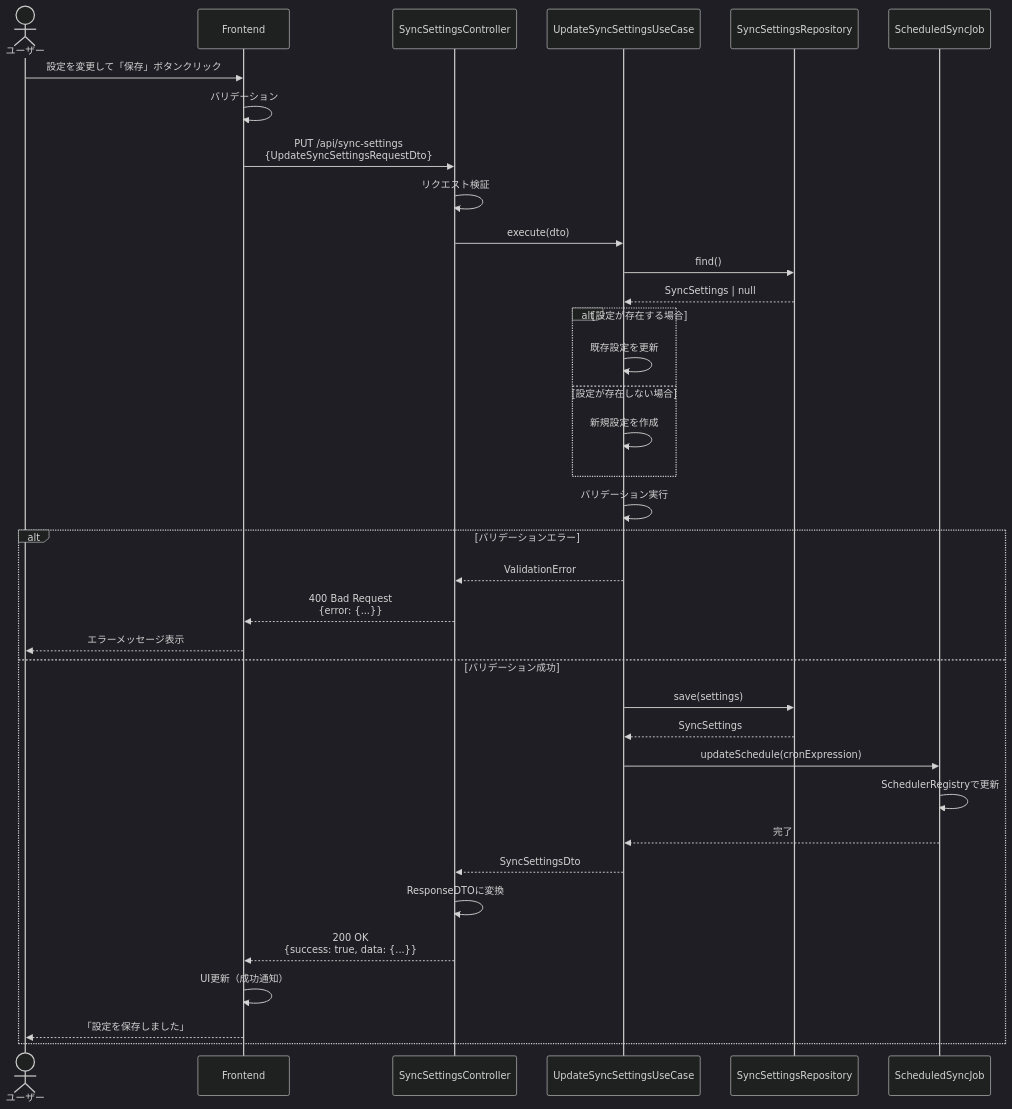
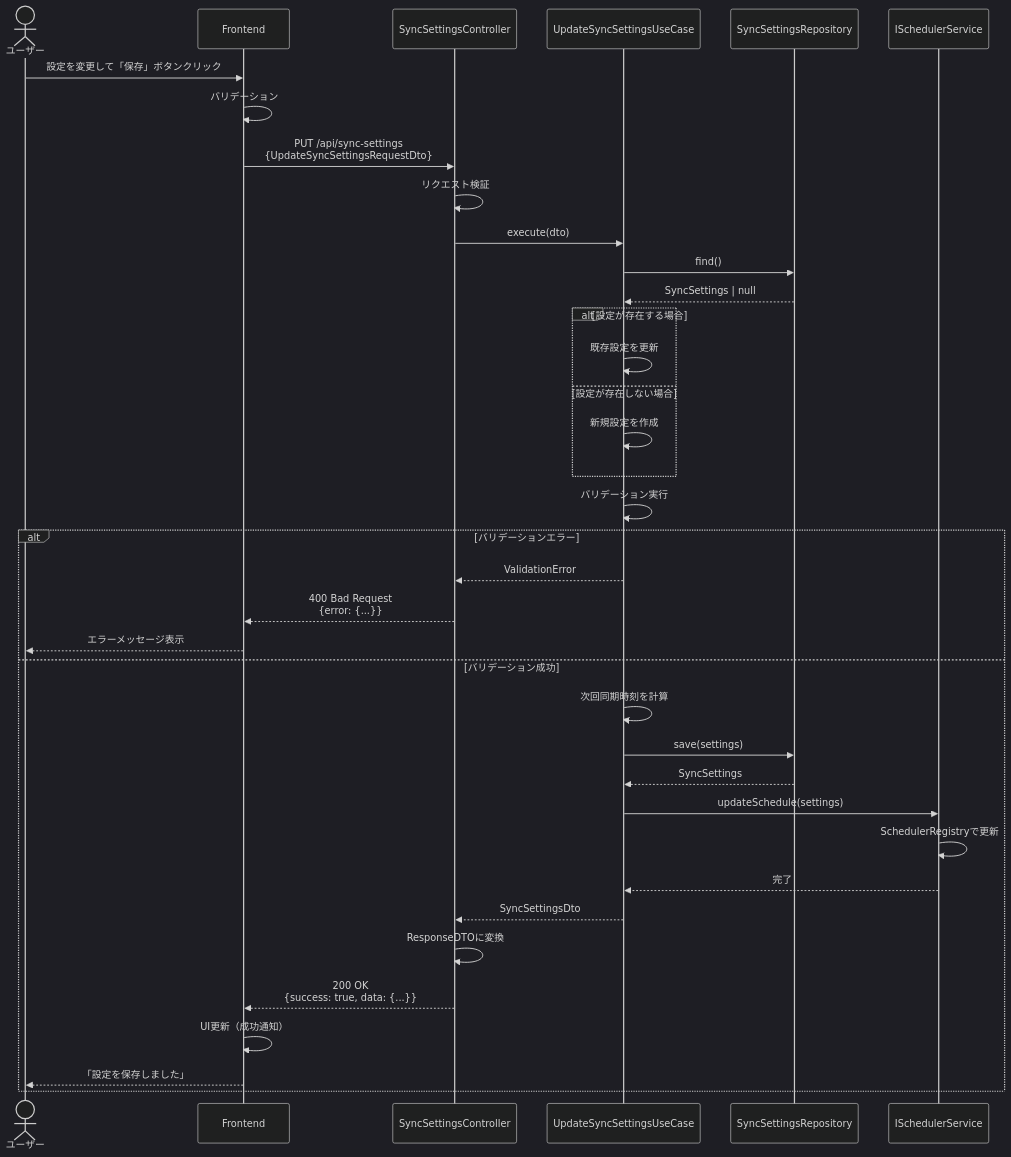
Before and after one commit to kencom2400/account-book: the second of 7 diagrams in docs/detailed-design/FR-030_sync-settings/sequence-diagrams.md, drawn with Mermaid (dark theme). The commit also changed other lines of this file and 3 other files, not shown here.

````diff
--- a/docs/detailed-design/FR-030_sync-settings/sequence-diagrams.md
+++ b/docs/detailed-design/FR-030_sync-settings/sequence-diagrams.md
@@ -105,45 +105,46 @@
 ```mermaid
 sequenceDiagram
     actor User as ユーザー
     participant FE as Frontend
     participant API as SyncSettingsController
     participant UC as UpdateSyncSettingsUseCase
     participant Repo as SyncSettingsRepository
-    participant Scheduler as ScheduledSyncJob
+    participant Scheduler as ISchedulerService
 
     User->>FE: 設定を変更して「保存」ボタンクリック
     FE->>FE: バリデーション
     FE->>API: PUT /api/sync-settings<br/>{UpdateSyncSettingsRequestDto}
 
     API->>API: リクエスト検証
     API->>UC: execute(dto)
 
     UC->>Repo: find()
     Repo-->>UC: SyncSettings | null
 
     alt 設定が存在する場合
         UC->>UC: 既存設定を更新
     else 設定が存在しない場合
         UC->>UC: 新規設定を作成
     end
 
     UC->>UC: バリデーション実行
     alt バリデーションエラー
         UC-->>API: ValidationError
         API-->>FE: 400 Bad Request<br/>{error: {...}}
         FE-->>User: エラーメッセージ表示
     else バリデーション成功
+        UC->>UC: 次回同期時刻を計算
         UC->>Repo: save(settings)
         Repo-->>UC: SyncSettings
 
-        UC->>Scheduler: updateSchedule(cronExpression)
+        UC->>Scheduler: updateSchedule(settings)
         Scheduler->>Scheduler: SchedulerRegistryで更新
         Scheduler-->>UC: 完了
 
         UC-->>API: SyncSettingsDto
         API->>API: ResponseDTOに変換
         API-->>FE: 200 OK<br/>{success: true, data: {...}}
         FE->>FE: UI更新（成功通知）
         FE-->>User: 「設定を保存しました」
     end
 ```
````
